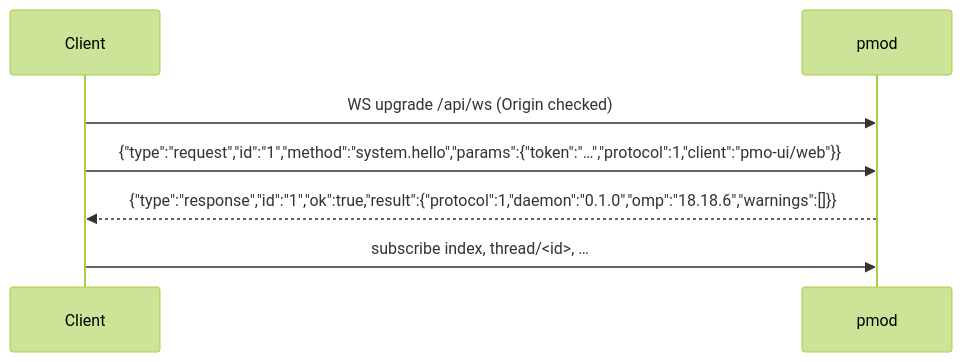
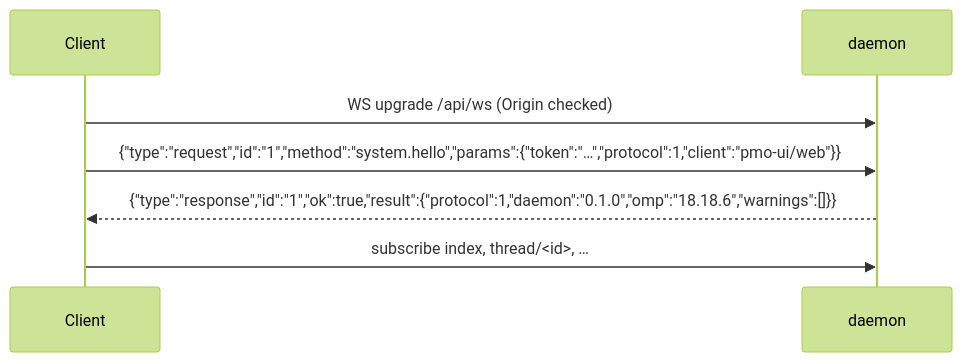
The diagram in docs/specs/03-protocol.md (TonioGela/omfp), drawn with Mermaid (forest theme) before and after one commit. The commit also changed 111 other files, not shown here.

````diff
--- a/docs/specs/03-protocol.md
+++ b/docs/specs/03-protocol.md
@@ -8,9 +8,9 @@
 ```mermaid
 sequenceDiagram
   participant C as Client
-  participant D as pmod
+  participant D as daemon
   C->>D: WS upgrade /api/ws (Origin checked)
   C->>D: {"type":"request","id":"1","method":"system.hello","params":{"token":"…","protocol":1,"client":"pmo-ui/web"}}
   D-->>C: {"type":"response","id":"1","ok":true,"result":{"protocol":1,"daemon":"0.1.0","omp":"18.18.6","warnings":[]}}
   C->>D: subscribe index, thread/<id>, …
 ```
````
